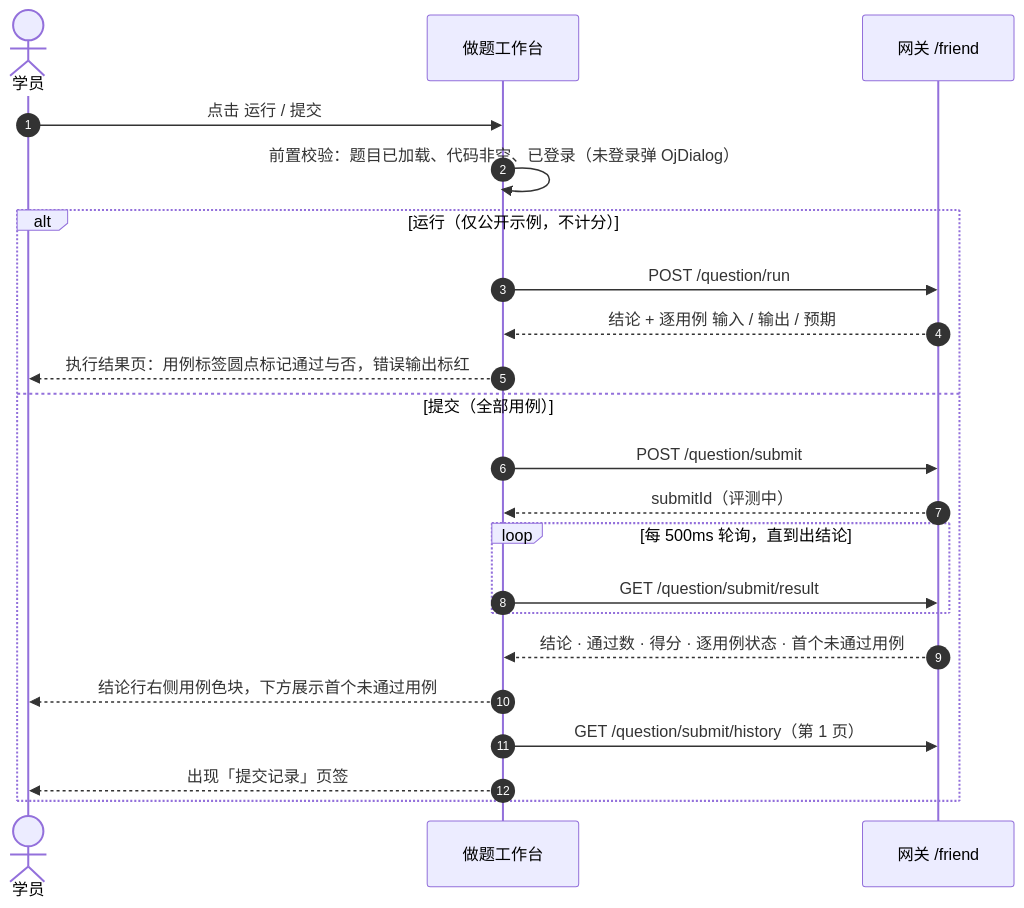
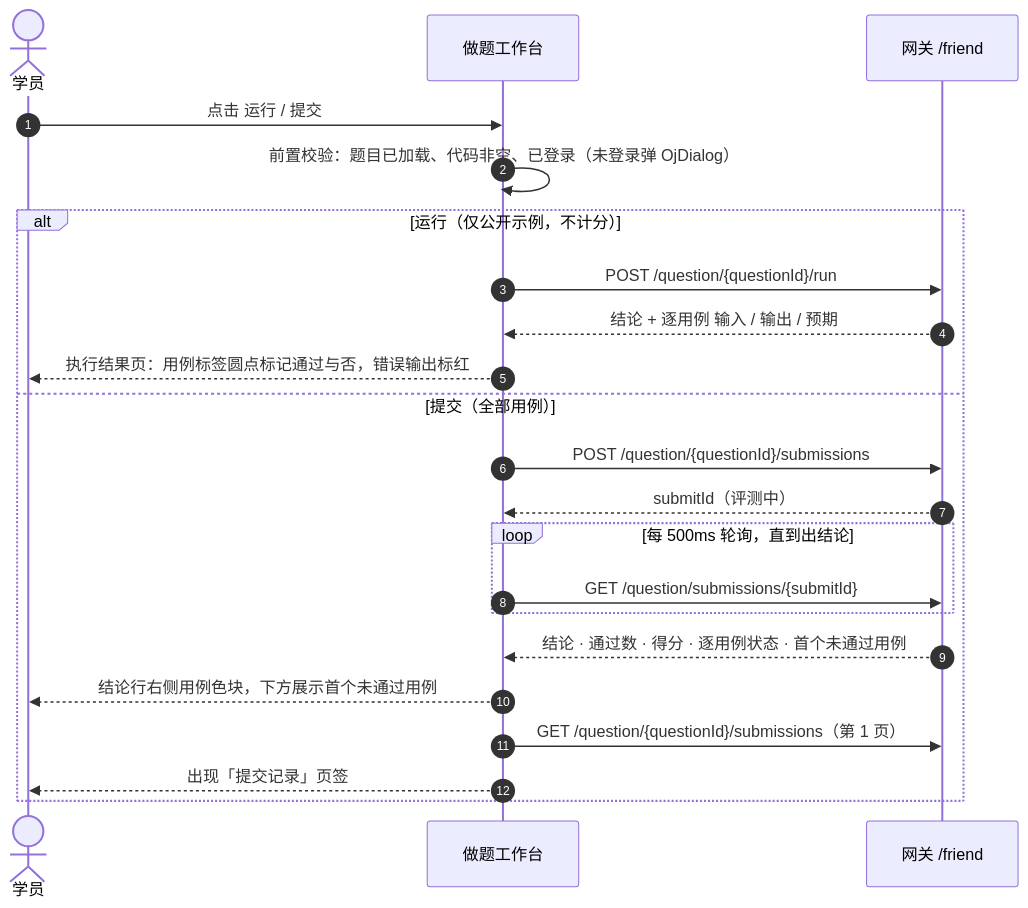
Before and after one commit to pluchon/online_oj_vue: diagram 11 of 14 in README.md, drawn with Mermaid. The commit also changed other lines of this file and 14 other files, not shown here.

````diff
--- a/README.md
+++ b/README.md
@@ -307,26 +330,26 @@
 ```mermaid
 sequenceDiagram
     autonumber
     actor U as 学员
     participant Do as 做题工作台
     participant API as 网关 /friend
 
     U->>Do: 点击 运行 / 提交
     Do->>Do: 前置校验：题目已加载、代码非空、已登录（未登录弹 OjDialog）
 
     alt 运行（仅公开示例，不计分）
-        Do->>API: POST /question/run
+        Do->>API: POST /question/{questionId}/run
         API-->>Do: 结论 + 逐用例 输入 / 输出 / 预期
         Do-->>U: 执行结果页：用例标签圆点标记通过与否，错误输出标红
     else 提交（全部用例）
-        Do->>API: POST /question/submit
+        Do->>API: POST /question/{questionId}/submissions
         API-->>Do: submitId（评测中）
         loop 每 500ms 轮询，直到出结论
-            Do->>API: GET /question/submit/result
+            Do->>API: GET /question/submissions/{submitId}
         end
         API-->>Do: 结论 · 通过数 · 得分 · 逐用例状态 · 首个未通过用例
         Do-->>U: 结论行右侧用例色块，下方展示首个未通过用例
-        Do->>API: GET /question/submit/history（第 1 页）
+        Do->>API: GET /question/{questionId}/submissions（第 1 页）
         Do-->>U: 出现「提交记录」页签
     end
 ```
````
